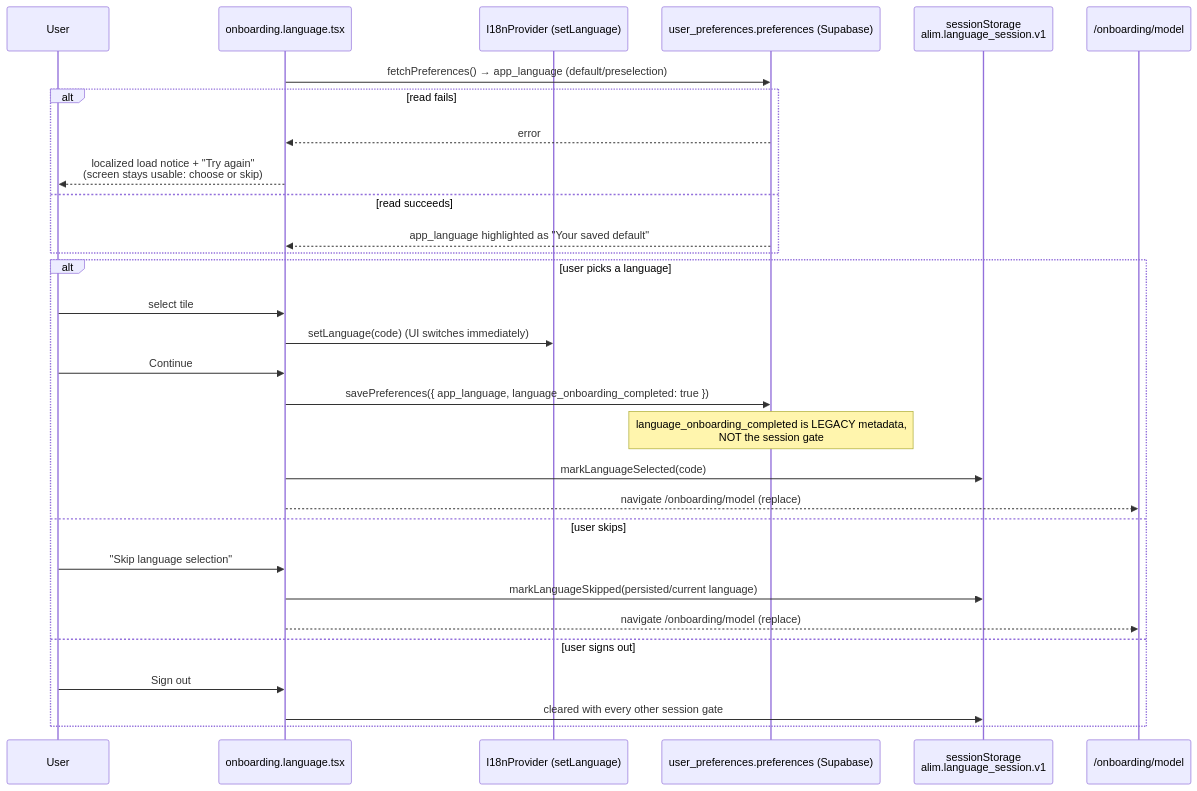
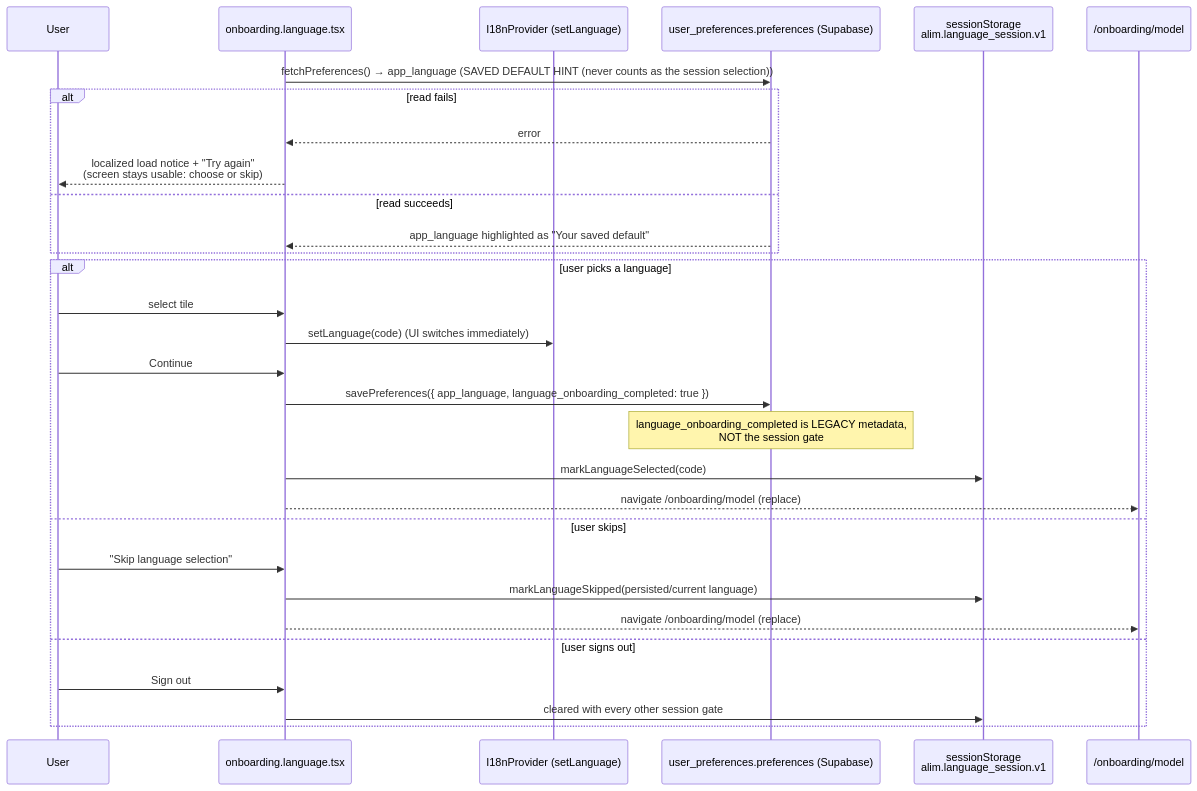
One commit to keyshavmor/study-swiss-star changed the diagram in docs/sequences/LANGUAGE_ONBOARDING.mmd. Above: the diagram before and after it, drawn with Mermaid. The commit also changed 6 other files, not shown here.

```diff
--- a/docs/sequences/LANGUAGE_ONBOARDING.mmd
+++ b/docs/sequences/LANGUAGE_ONBOARDING.mmd
@@ -1,36 +1,36 @@
 %% Status: CURRENT FRONTEND + CURRENT SUPABASE (2026-09-17)
 %% The language screen is a PER-SESSION decision, not a once-only onboarding.
 %% Source: frontend/src/routes/_authenticated/onboarding.language.tsx,
 %% frontend/src/lib/language-session.ts, frontend/src/lib/account-data.ts
 sequenceDiagram
     participant User
     participant Page as onboarding.language.tsx
     participant I18n as I18nProvider (setLanguage)
     participant DB as user_preferences.preferences (Supabase)
     participant LangS as sessionStorage<br/>alim.language_session.v1
     participant Model as /onboarding/model
 
-    Page->>DB: fetchPreferences() → app_language (default/preselection)
+    Page->>DB: fetchPreferences() → app_language (SAVED DEFAULT HINT (never counts as the session selection))
     alt read fails
         DB-->>Page: error
         Page-->>User: localized load notice + "Try again"<br/>(screen stays usable: choose or skip)
     else read succeeds
         DB-->>Page: app_language highlighted as "Your saved default"
     end
 
     alt user picks a language
         User->>Page: select tile
         Page->>I18n: setLanguage(code) (UI switches immediately)
         User->>Page: Continue
         Page->>DB: savePreferences({ app_language, language_onboarding_completed: true })
         Note over DB: language_onboarding_completed is LEGACY metadata,<br/>NOT the session gate
         Page->>LangS: markLanguageSelected(code)
         Page-->>Model: navigate /onboarding/model (replace)
     else user skips
         User->>Page: "Skip language selection"
         Page->>LangS: markLanguageSkipped(persisted/current language)
         Page-->>Model: navigate /onboarding/model (replace)
     else user signs out
         User->>Page: Sign out
         Page->>LangS: cleared with every other session gate
     end
```
